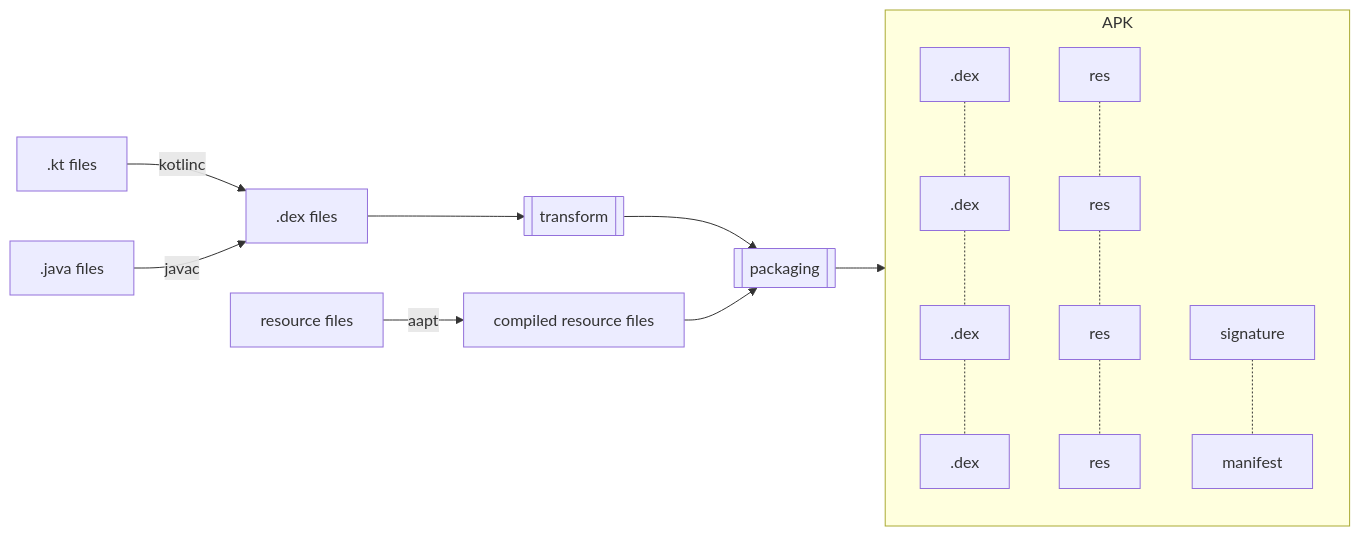
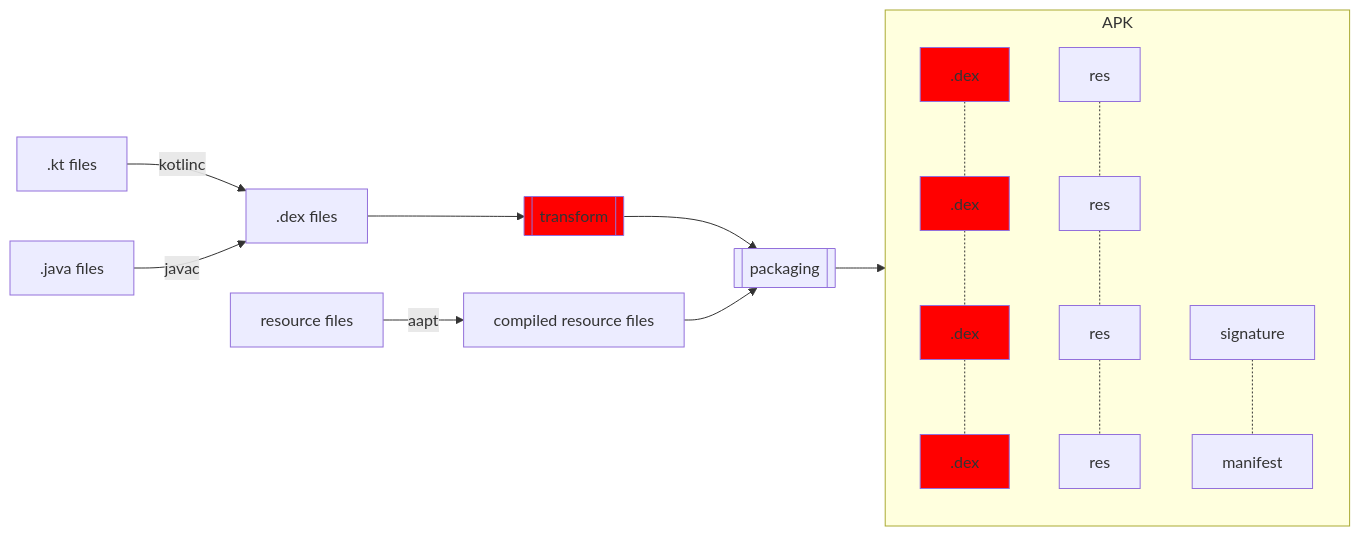
The second of 2 diagrams in _posts/2022-03-18-android-debugging-by-decompiling.md (BedrockStreaming/tech.bedrockstreaming.com), drawn with Mermaid before and after one commit.

```diff
--- a/_posts/2022-03-18-android-debugging-by-decompiling.md
+++ b/_posts/2022-03-18-android-debugging-by-decompiling.md
@@ -44,16 +44,16 @@
 <div class="mermaid">
 flowchart LR
     kt[.kt files] -- kotlinc --> dex[.dex files] --> transform[[transform]] --> packaging[[packaging]]
     java[.java files] -- javac --> dex
     res[resource files] -- aapt --> resc[compiled resource files] --> packaging --> APK
-    classDef transformed fill#ff0000
+    classDef transformed fill:#ff0000
     class transform transformed
 
     subgraph APK
     direction TB
     dex1[.dex] -.- dex2[.dex] -.- dex3[.dex] -.- dex4[.dex]
     res1[res] -.- res2[res] -.- res3[res] -.- res4[res]
     signature -.- manifest
     class dex1,dex2,dex3,dex4 transformed
 end
 </div>
```
